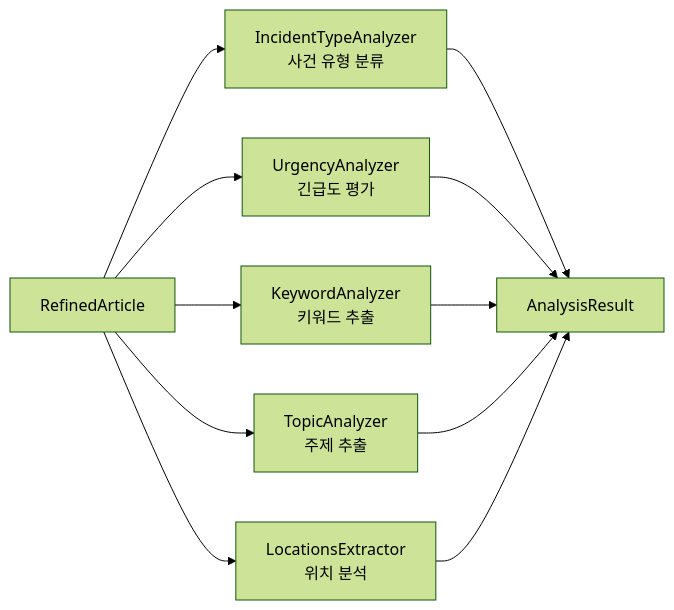
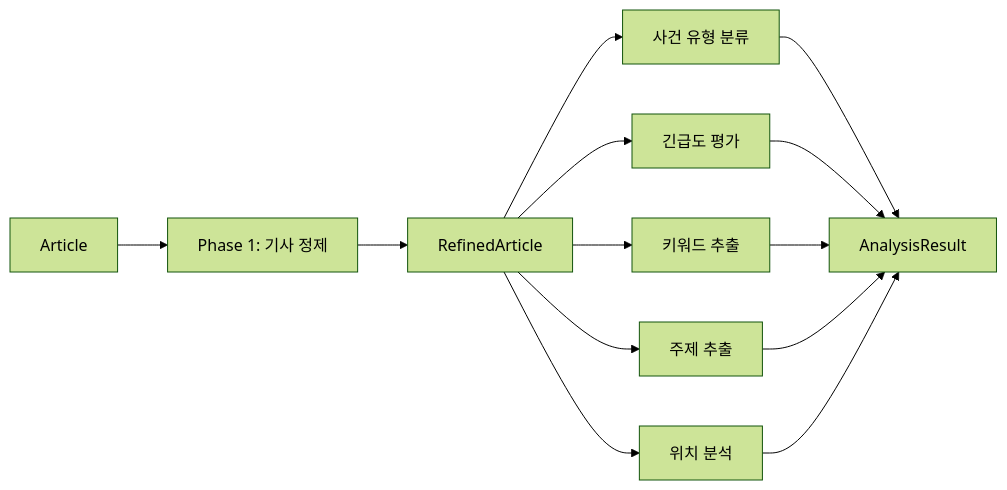
Before and after one commit to vonkernel/local-incident-tracker: the first of 5 diagrams in analyzer/README.md, drawn with Mermaid (forest theme). The commit also changed other lines of this file and 97 other files, not shown here.

First line of the commit message:
Refactor to FP architecture with documentation updates (#17)

````diff
--- a/analyzer/README.md
+++ b/analyzer/README.md
@@ -80,14 +11,11 @@
 ```mermaid
 flowchart LR
-    RA[RefinedArticle] --> A1[IncidentTypeAnalyzer<br/>사건 유형 분류]
-    RA --> A2[UrgencyAnalyzer<br/>긴급도 평가]
-    RA --> A3[KeywordAnalyzer<br/>키워드 추출]
-    RA --> A4[TopicAnalyzer<br/>주제 추출]
-    RA --> A5[LocationsExtractor<br/>위치 분석]
-
-    A1 --> R["AnalysisResult"]
-    A2 --> R
-    A3 --> R
-    A4 --> R
-    A5 --> R
+    A[Article] --> B[Phase 1: 기사 정제]
+    B --> C[RefinedArticle]
+    C --> D1[사건 유형 분류]
+    C --> D2[긴급도 평가]
+    C --> D3[키워드 추출]
+    C --> D4[주제 추출]
+    C --> D5[위치 분석]
+    D1 & D2 & D3 & D4 & D5 --> E[AnalysisResult]
 ```
````
